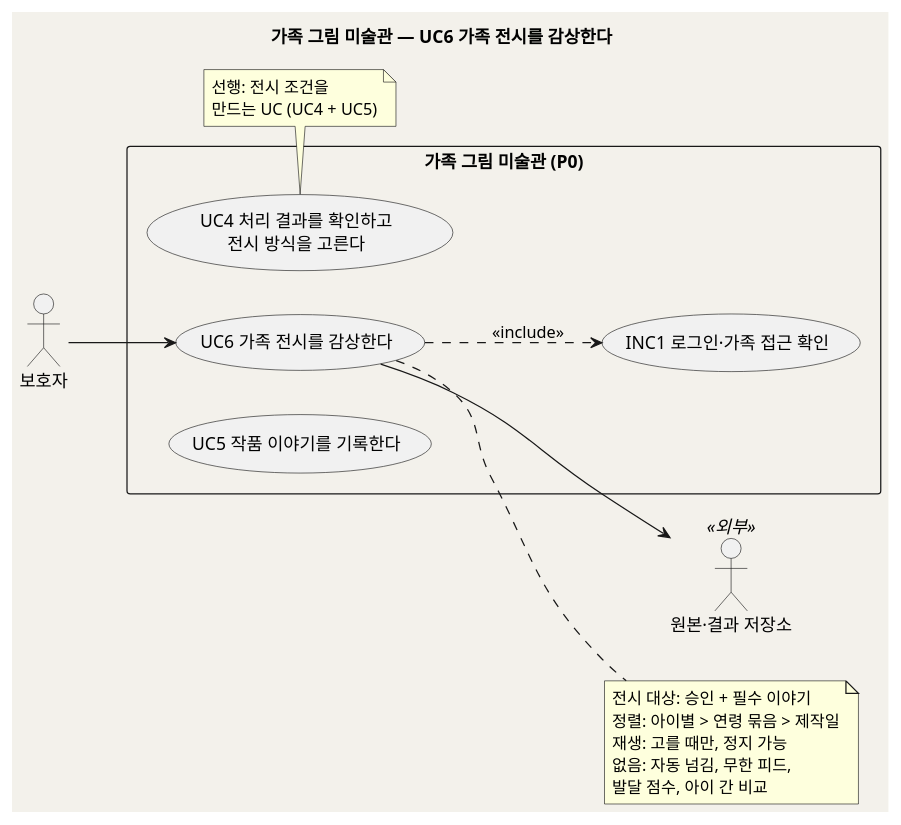
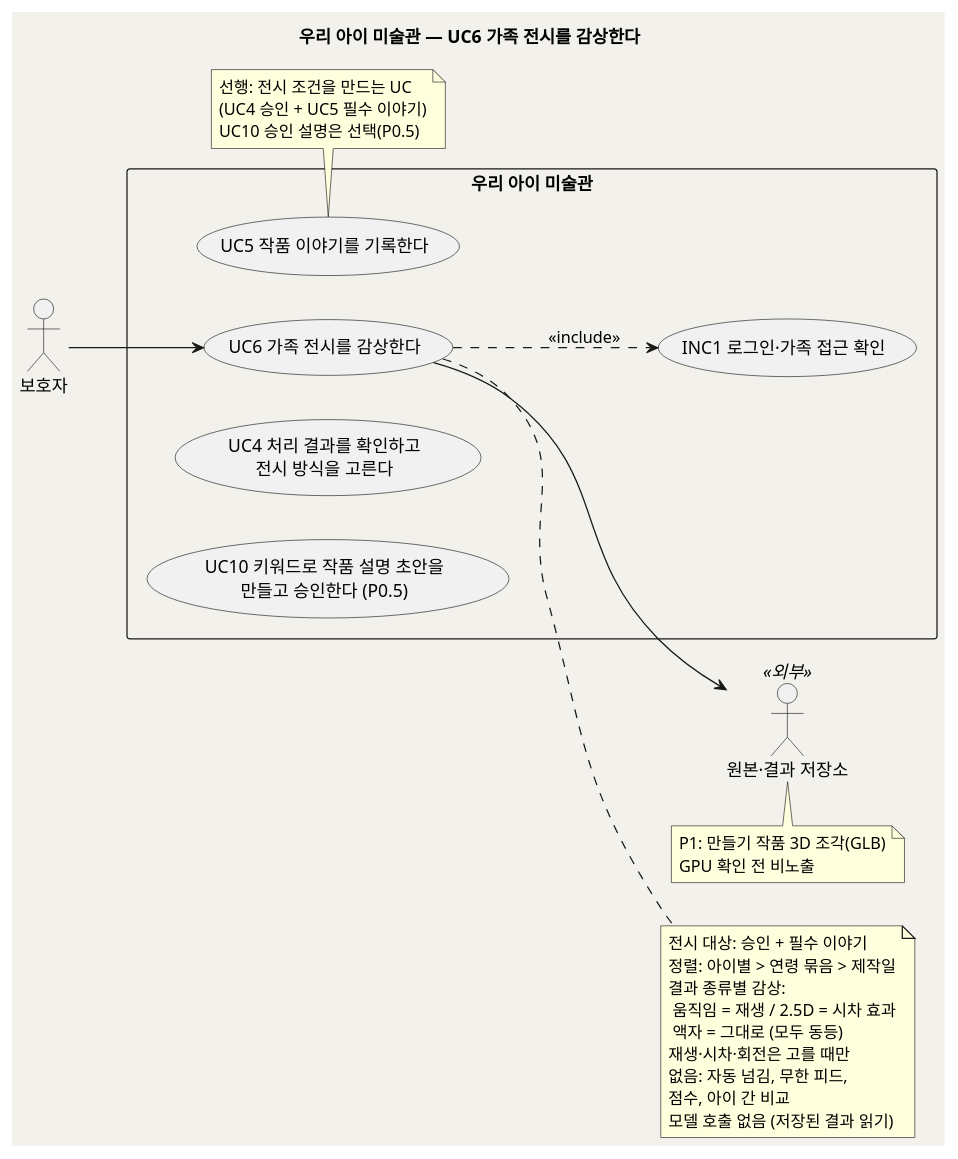
One commit to kids-gallery/uri-gallery changed the first of 2 diagrams in design/UC_06_가족전시감상.md. Above: the diagram before and after it, drawn with PlantUML. The commit also changed other lines of this file and 23 other files, not shown here.

````diff
--- a/design/UC_06_가족전시감상.md
+++ b/design/UC_06_가족전시감상.md
@@ -43,34 +45,44 @@
 ```plantuml
-@startuml uc_family_gallery_06
+@startuml uc_uri_ai_gallery_06
 skinparam backgroundColor #F3F1EB
 skinparam shadowing false
 left to right direction
-title 가족 그림 미술관 — UC6 가족 전시를 감상한다
+title 우리 아이 미술관 — UC6 가족 전시를 감상한다
 
 actor "보호자" as Parent
 actor "원본·결과 저장소" as Store <<외부>>
 
-rectangle "가족 그림 미술관 (P0)" {
+rectangle "우리 아이 미술관" {
   usecase "UC6 가족 전시를 감상한다" as UC6
   usecase "INC1 로그인·가족 접근 확인" as INC1
   usecase "UC4 처리 결과를 확인하고\n전시 방식을 고른다" as UC4
   usecase "UC5 작품 이야기를 기록한다" as UC5
+  usecase "UC10 키워드로 작품 설명 초안을\n만들고 승인한다 (P0.5)" as UC10
 }
 
 Parent --> UC6
 UC6 ..> INC1 : <<include>>
 UC6 --> Store
 
 note right of UC6
   전시 대상: 승인 + 필수 이야기
   정렬: 아이별 > 연령 묶음 > 제작일
-  재생: 고를 때만, 정지 가능
+  결과 종류별 감상:
+   움직임 = 재생 / 2.5D = 시차 효과
+   액자 = 그대로 (모두 동등)
+  재생·시차·회전은 고를 때만
   없음: 자동 넘김, 무한 피드,
-  발달 점수, 아이 간 비교
+  점수, 아이 간 비교
+  모델 호출 없음 (저장된 결과 읽기)
 end note
-note bottom of UC4
-  선행: 전시 조건을
-  만드는 UC (UC4 + UC5)
+note bottom of UC5
+  선행: 전시 조건을 만드는 UC
+  (UC4 승인 + UC5 필수 이야기)
+  UC10 승인 설명은 선택(P0.5)
+end note
+note bottom of Store
+  P1: 만들기 작품 3D 조각(GLB)
+  GPU 확인 전 비노출
 end note
 @enduml
 ```
````
